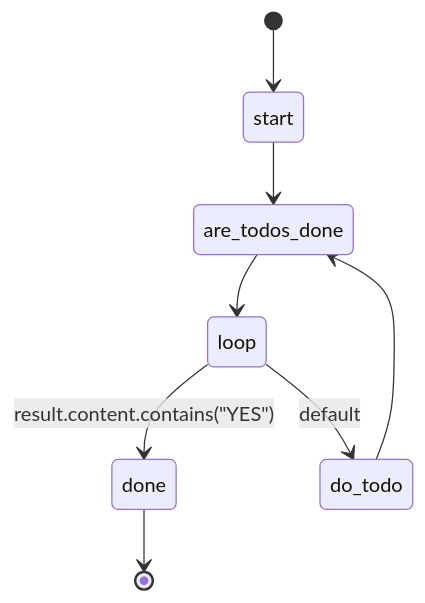
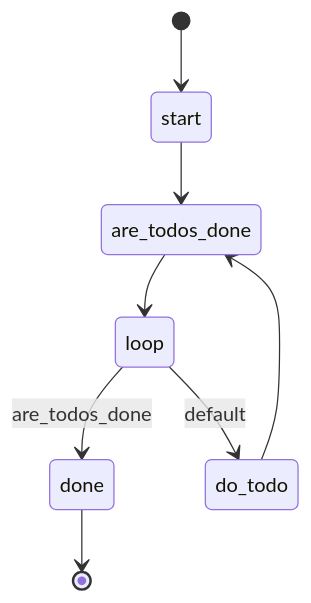
The diagram in builtin/workflows/do.md (swissarmyhammer/swissarmyhammer), drawn with Mermaid before and after one commit. The commit also changed 27 other files, not shown here.

````diff
--- a/builtin/workflows/do.md
+++ b/builtin/workflows/do.md
@@ -11,10 +11,10 @@
 ```mermaid
 stateDiagram-v2
     [*] --> start
     start --> are_todos_done
     are_todos_done --> loop
-    loop --> done: result.content.contains("YES")
+    loop --> done: are_todos_done
     loop --> do_todo: default
     do_todo --> are_todos_done
     done --> [*]
 ```
````
